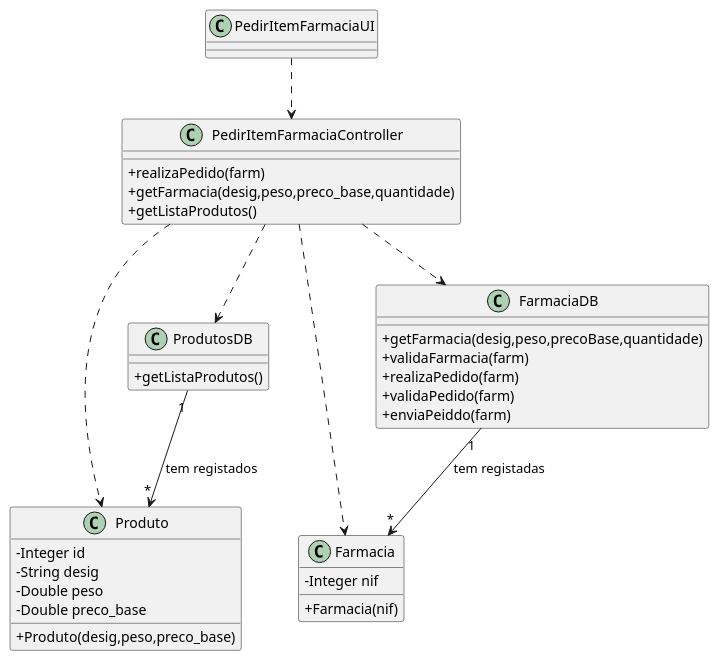
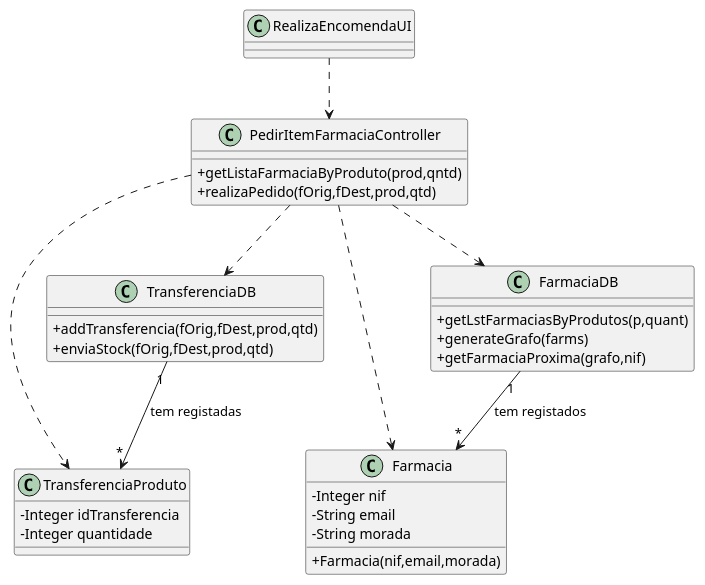
The diagram in docs/UC124/UC124_PedirItemFarmaciaCD.puml (pedrolemos4/LAPR3), drawn with PlantUML before and after one commit. The commit also changed 7 other files, not shown here.

Commit message:
LAP3AP4-157 #close Pedir Item Farmácia [Review]

```diff
--- a/docs/UC124/UC124_PedirItemFarmaciaCD.puml
+++ b/docs/UC124/UC124_PedirItemFarmaciaCD.puml
@@ -1,47 +1,44 @@
 @startuml
 skinparam classAttributeIconSize 0
 
-class Produto {
-  -Integer id
-  -String desig
-  -Double peso
-  -Double preco_base
-  +Produto(desig,peso,preco_base)
+class TransferenciaProduto {
+  -Integer idTransferencia
+  -Integer quantidade
 }
 
-class ProdutosDB {
-  +getListaProdutos()
+class TransferenciaDB {
+  +addTransferencia(fOrig,fDest,prod,qtd)
+  +enviaStock(fOrig,fDest,prod,qtd)
 }
 
 class Farmacia {
   -Integer nif
-  +Farmacia(nif)
+  -String email
+  -String morada
+  +Farmacia(nif,email,morada)
 }
 
 class FarmaciaDB {
-  +getFarmacia(desig,peso,precoBase,quantidade)
-  +validaFarmacia(farm)
-  +realizaPedido(farm)
-  +validaPedido(farm)
-  +enviaPeiddo(farm)
+  +getLstFarmaciasByProdutos(p,quant)
+  +generateGrafo(farms)
+  +getFarmaciaProxima(grafo,nif)
 }
 
 class PedirItemFarmaciaController {
-    +realizaPedido(farm)
-    +getFarmacia(desig,peso,preco_base,quantidade)
-    +getListaProdutos()
+    +getListaFarmaciaByProduto(prod,qntd)
+    +realizaPedido(fOrig,fDest,prod,qtd)
 }
 
-class PedirItemFarmaciaUI {
+class RealizaEncomendaUI {
 }
 
-PedirItemFarmaciaUI ..> PedirItemFarmaciaController
-PedirItemFarmaciaController ..> ProdutosDB
-PedirItemFarmaciaController ..> Produto
+RealizaEncomendaUI ..> PedirItemFarmaciaController
+PedirItemFarmaciaController ..> TransferenciaDB
+PedirItemFarmaciaController ..> TransferenciaProduto
 PedirItemFarmaciaController ..> FarmaciaDB
 PedirItemFarmaciaController ..> Farmacia
 
-ProdutosDB "1" --> "*" Produto : tem registados
-FarmaciaDB "1" --> "*" Farmacia : tem registadas
+FarmaciaDB "1" --> "*" Farmacia : tem registados
+TransferenciaDB "1" --> "*" TransferenciaProduto : tem registadas
 
 @enduml
```
